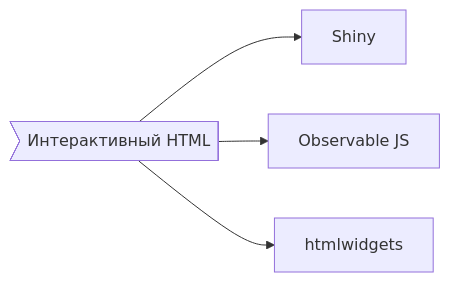
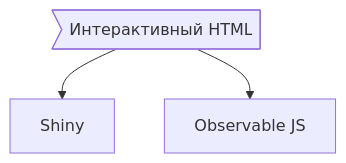
One commit to Marwolaeth/OTUS_R4DA changed the fifth of 7 diagrams in 01-Quarto/otus-reveal.qmd. Above: the diagram before and after it, drawn with Mermaid. The commit also changed other lines of this file and 6 other files, not shown here.

````diff
--- a/01-Quarto/otus-reveal.qmd
+++ b/01-Quarto/otus-reveal.qmd
@@ -436,10 +509,9 @@
 ```{mermaid quarto-docs-js}
-flowchart LR
+flowchart TD
  typeI>Интерактивный HTML]
  
  formatShiny[Shiny]
  formatOJS[Observable JS]
- formatHW[htmlwidgets]
  
- typeI --> formatShiny  & formatOJS & formatHW
+ typeI --> formatShiny  & formatOJS
 ```
````
